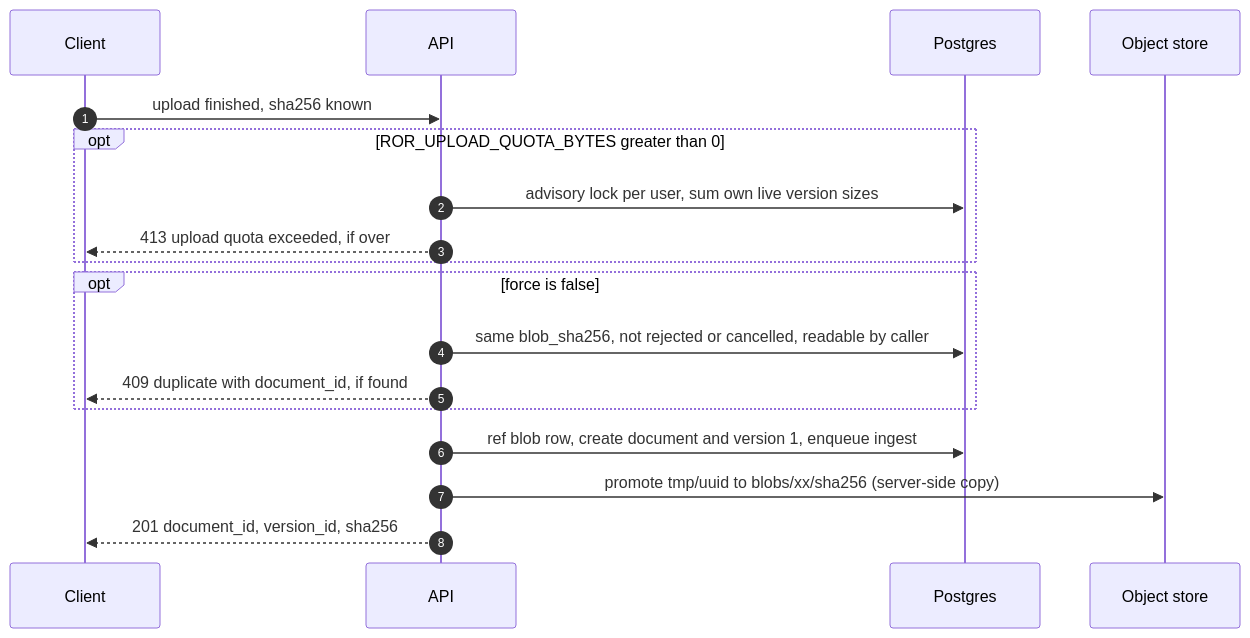
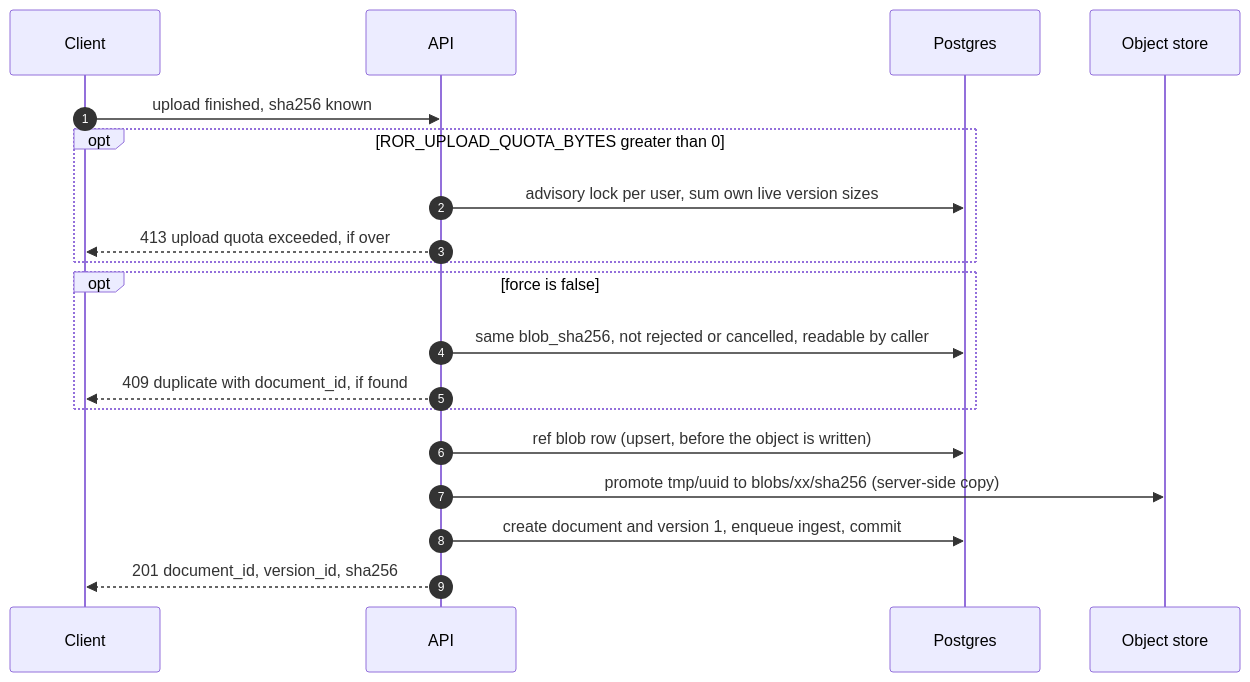
Before and after one commit to sgtslaughta/roracle: the fourth of 12 diagrams in docs/architecture/ingest.md, drawn with Mermaid. The commit also changed other lines of this file and 1 other file, not shown here.

Commit message:
docs(architecture): tighten reranker ruling and ingest details

````diff
--- a/docs/architecture/ingest.md
+++ b/docs/architecture/ingest.md
@@ -109,20 +109,21 @@
 ```mermaid
 sequenceDiagram
   autonumber
   participant C as Client
   participant A as API
   participant P as Postgres
   participant S as Object store
   C->>A: upload finished, sha256 known
   opt ROR_UPLOAD_QUOTA_BYTES greater than 0
     A->>P: advisory lock per user, sum own live version sizes
     A-->>C: 413 upload quota exceeded, if over
   end
   opt force is false
     A->>P: same blob_sha256, not rejected or cancelled, readable by caller
     A-->>C: 409 duplicate with document_id, if found
   end
-  A->>P: ref blob row, create document and version 1, enqueue ingest
+  A->>P: ref blob row (upsert, before the object is written)
   A->>S: promote tmp/uuid to blobs/xx/sha256 (server-side copy)
+  A->>P: create document and version 1, enqueue ingest, commit
   A-->>C: 201 document_id, version_id, sha256
 ```
````
